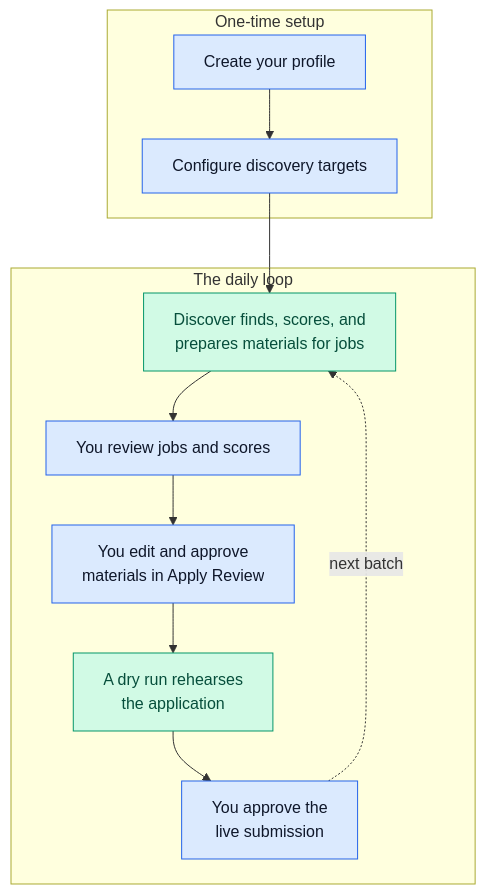
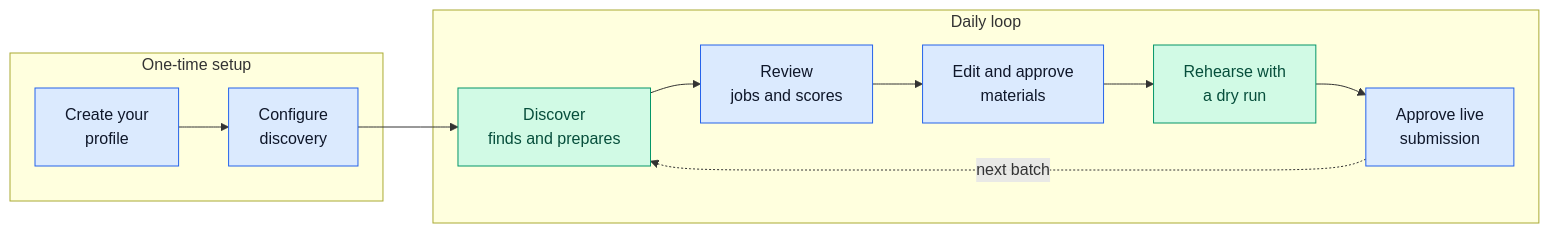
Before and after one commit to ebarti/JobCtrl: the diagram in docs/user/normal-flows.md, drawn with Mermaid. The commit also changed other lines of this file and 16 other files, not shown here.

````diff
--- a/docs/user/normal-flows.md
+++ b/docs/user/normal-flows.md
@@ -12,21 +12,19 @@
 ```mermaid
-flowchart TD
+flowchart LR
   subgraph Setup["One-time setup"]
-    Profile["Create your profile"] --> Configure["Configure discovery targets"]
+    Profile["Create your<br/>profile"] --> Configure["Configure<br/>discovery"]
   end
-  subgraph Loop["The daily loop"]
-    Discover["Discover finds, scores, and<br/>prepares materials for jobs"]
-    Review["You review jobs and scores"]
-    ApplyReview["You edit and approve<br/>materials in Apply Review"]
-    DryRun["A dry run rehearses<br/>the application"]
-    Submit["You approve the<br/>live submission"]
-    Discover --> Review --> ApplyReview --> DryRun --> Submit
+  subgraph Loop["Daily loop"]
+    Discover["Discover<br/>finds and prepares"] --> Review["Review<br/>jobs and scores"]
+    Review --> ApplyReview["Edit and approve<br/>materials"]
+    ApplyReview --> DryRun["Rehearse with<br/>a dry run"]
+    DryRun --> Submit["Approve live<br/>submission"]
     Submit -. "next batch" .-> Discover
   end
   Configure --> Discover
 
   classDef you fill:#dbeafe,stroke:#2563eb,color:#0f172a
   classDef auto fill:#d1fae5,stroke:#059669,color:#064e3b
   class Profile,Configure,Review,ApplyReview,Submit you
   class Discover,DryRun auto
 ```
````
